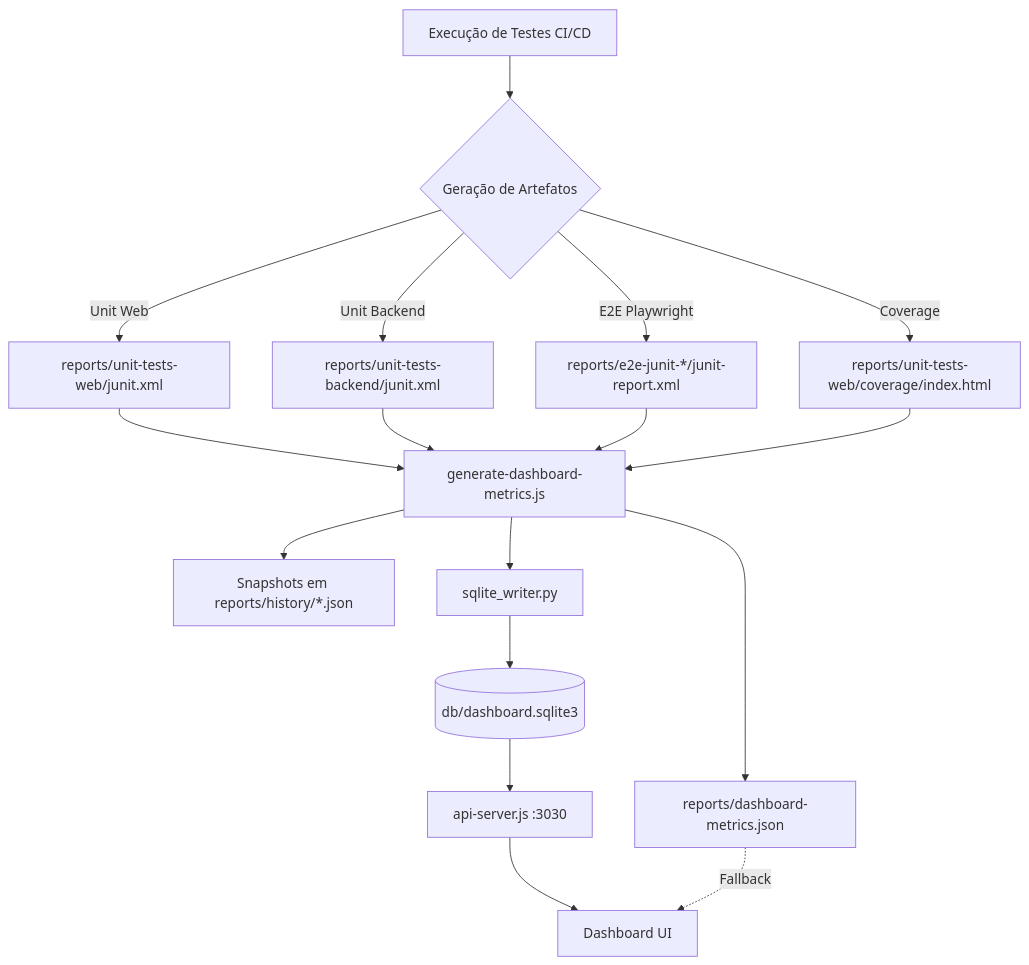
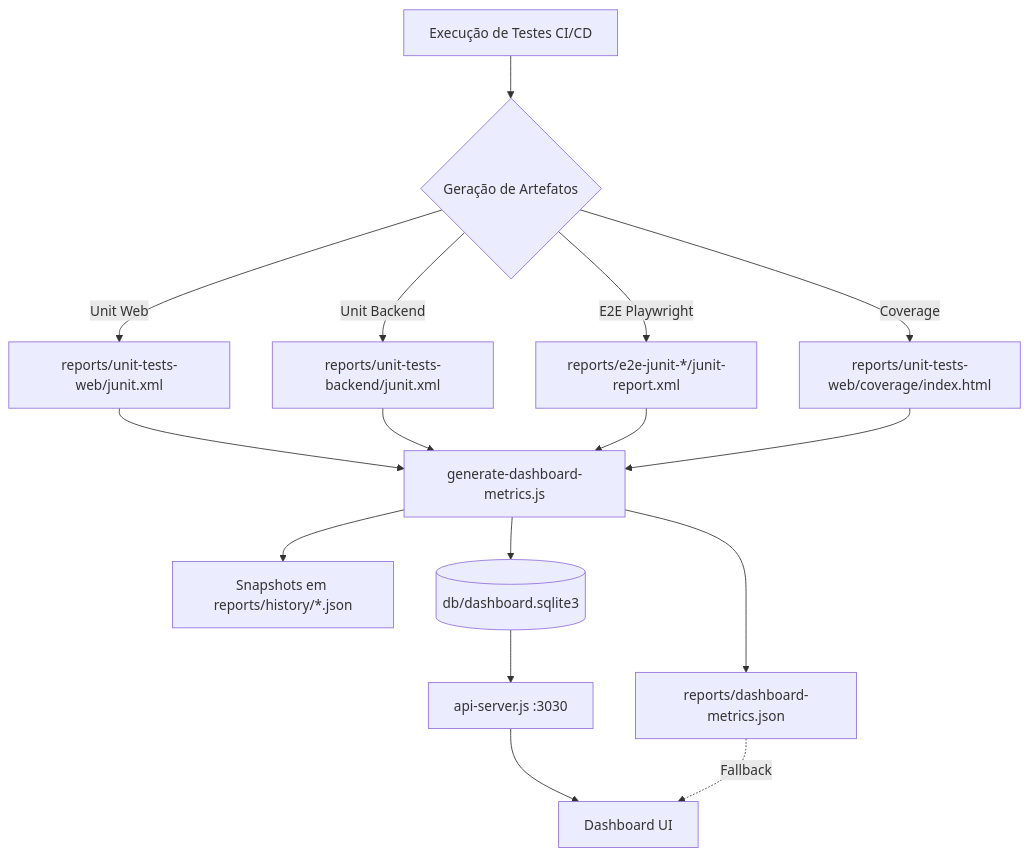
Before and after one commit to reinaldorossetti/amazonQA.com: the diagram in tests-dashboard/README.md, drawn with Mermaid. The commit also changed other lines of this file and 13 other files, not shown here.

````diff
--- a/tests-dashboard/README.md
+++ b/tests-dashboard/README.md
@@ -158,20 +157,18 @@
 ```mermaid
 graph TD
     A[Execução de Testes CI/CD] --> B{Geração de Artefatos}
     B -->|Unit Web| C[reports/unit-tests-web/junit.xml]
     B -->|Unit Backend| D[reports/unit-tests-backend/junit.xml]
     B -->|E2E Playwright| E[reports/e2e-junit-*/junit-report.xml]
     B -->|Coverage| F[reports/unit-tests-web/coverage/index.html]
 
     C & D & E & F --> G[generate-dashboard-metrics.js]
     
     G --> H[reports/dashboard-metrics.json]
     G --> I[Snapshots em reports/history/*.json]
-    G --> J[sqlite_writer.py]
-    
-    J --> K[(db/dashboard.sqlite3)]
+    G --> K[(db/dashboard.sqlite3)]
     
     K --> L[api-server.js :3030]
     L --> M[Dashboard UI]
     H -.->|Fallback| M
 ```
````
